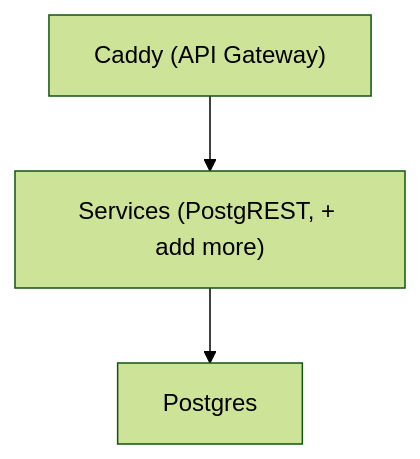
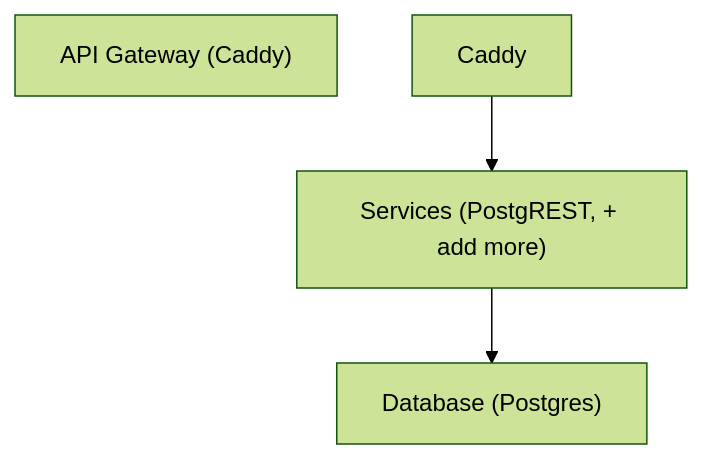
One commit to explodinglabs/superstack.docs changed the diagram in docs/index.md. Above: the diagram before and after it, drawn with Mermaid (forest theme).

Commit message:
Adjust architecture diagram

````diff
--- a/docs/index.md
+++ b/docs/index.md
@@ -49,6 +49,6 @@
 ```mermaid
 flowchart TD
-    Caddy["Caddy (API Gateway)"]
+    APIGateway["API Gateway (Caddy)"]
     Caddy --> Services["Services (PostgREST, + add more)"]
-    Services --> Postgres
+    Services --> Database["Database (Postgres)"]
 ```
````
